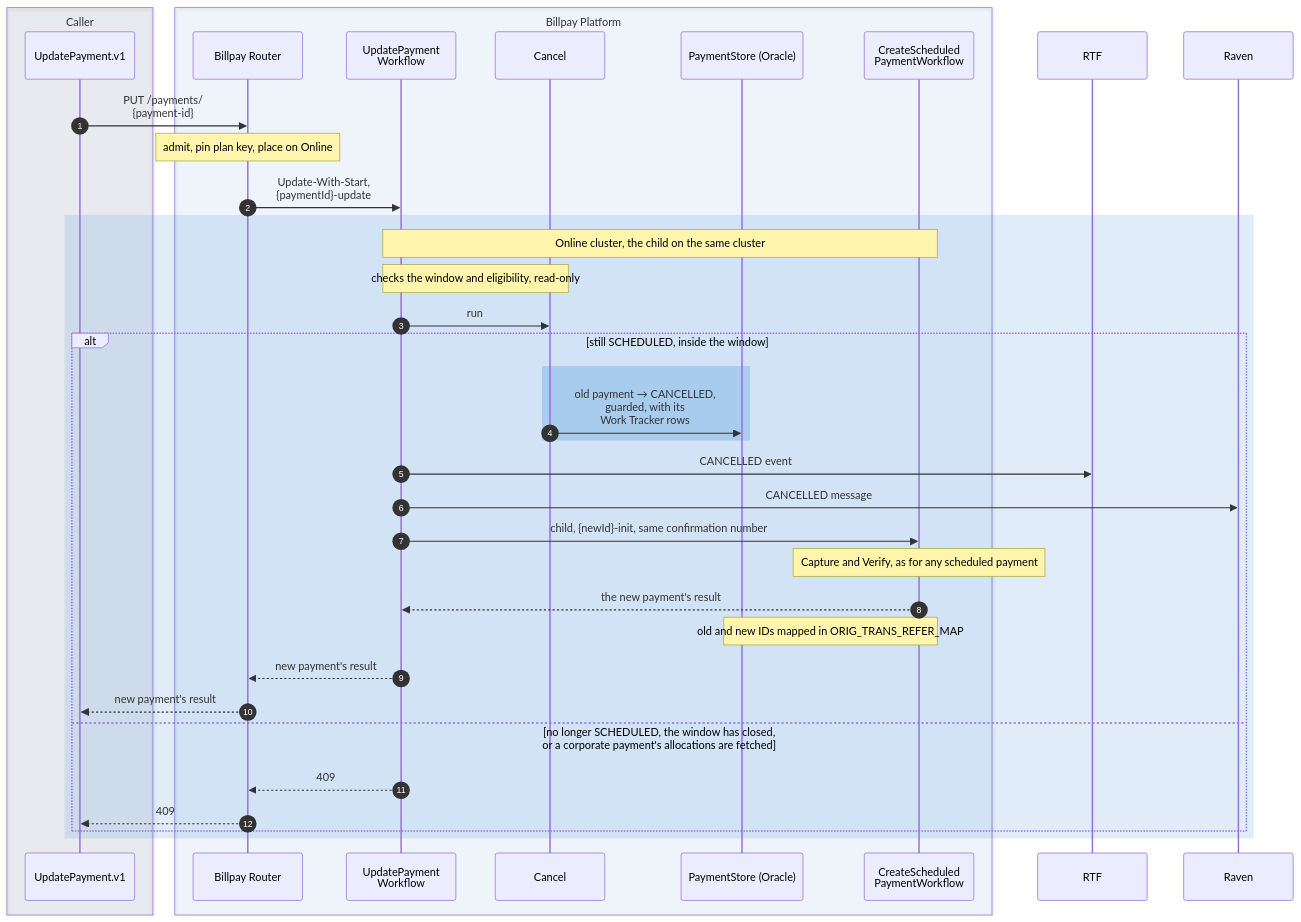
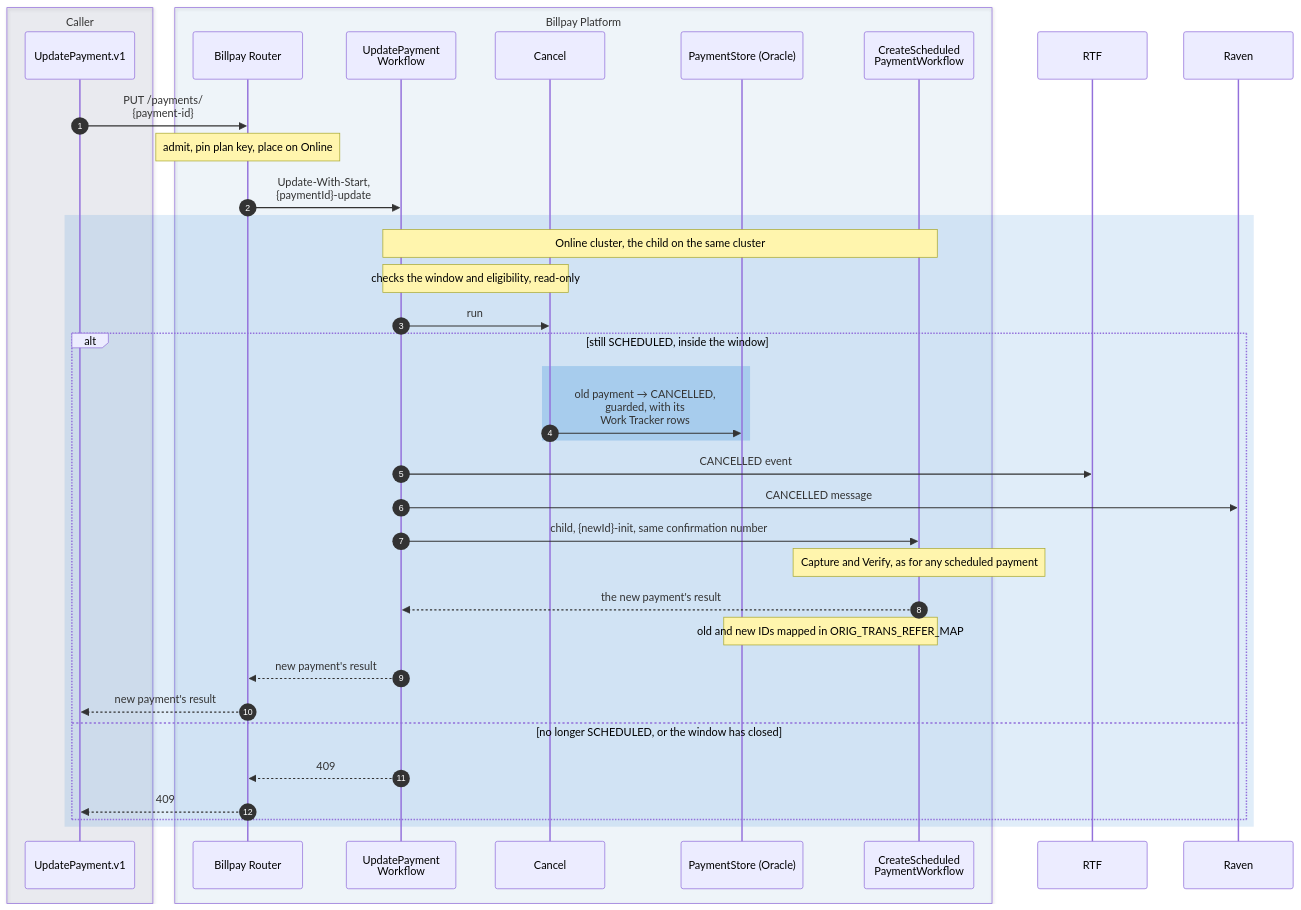
The fifth of 13 diagrams in website/docs/design/sequence-diagrams.md (arunav-bhattacharya/billpay-book), drawn with Mermaid before and after one commit. The commit also changed other lines of this file and 25 other files, not shown here.

````diff
--- a/website/docs/design/sequence-diagrams.md
+++ b/website/docs/design/sequence-diagrams.md
@@ -351,50 +371,50 @@
 ```mermaid
 ---
 config:
   fontFamily: "BentonSansUI, Helvetica, Arial, sans-serif"
   fontSize: 15
 ---
 sequenceDiagram
   autonumber
 
   box rgba(0,23,90,0.07) Caller
     participant OD as UpdatePayment.v1
   end
 
   box rgba(0,111,207,0.05) Billpay Platform
     participant R as Billpay Router
     participant UW as UpdatePayment<br/>Workflow
     participant CAN as Cancel
     participant PS as PaymentStore (Oracle)
     participant CW as CreateScheduled<br/>PaymentWorkflow
   end
 
   participant RTF
   participant RAV as Raven
 
   OD->>R: PUT /payments/<br/>{payment-id}
   Note over R: admit, pin plan key, place on Online
   R->>UW: Update-With-Start,<br/>{paymentId}-update
 
   rect rgba(0,111,207,0.12)
     Note over UW,CW: Online cluster, the child on the same cluster
     Note over UW,CAN: checks the window and eligibility, read-only
     UW->>CAN: run
     alt still SCHEDULED, inside the window
       rect rgba(102,169,226,0.40)
         CAN->>PS: old payment → CANCELLED,<br/>guarded, with its<br/>Work Tracker rows
       end
       UW->>RTF: CANCELLED event
       UW->>RAV: CANCELLED message
       UW->>CW: child, {newId}-init, same confirmation number
       Note over CW: Capture and Verify, as for any scheduled payment
       CW-->>UW: the new payment's result
       Note over PS,CW: old and new IDs mapped in ORIG_TRANS_REFER_MAP
       UW-->>R: new payment's result
       R-->>OD: new payment's result
-    else no longer SCHEDULED, the window has closed,<br/>or a corporate payment's allocations are fetched
+    else no longer SCHEDULED, or the window has closed
       UW-->>R: 409
       R-->>OD: 409
     end
   end
 ```
````
